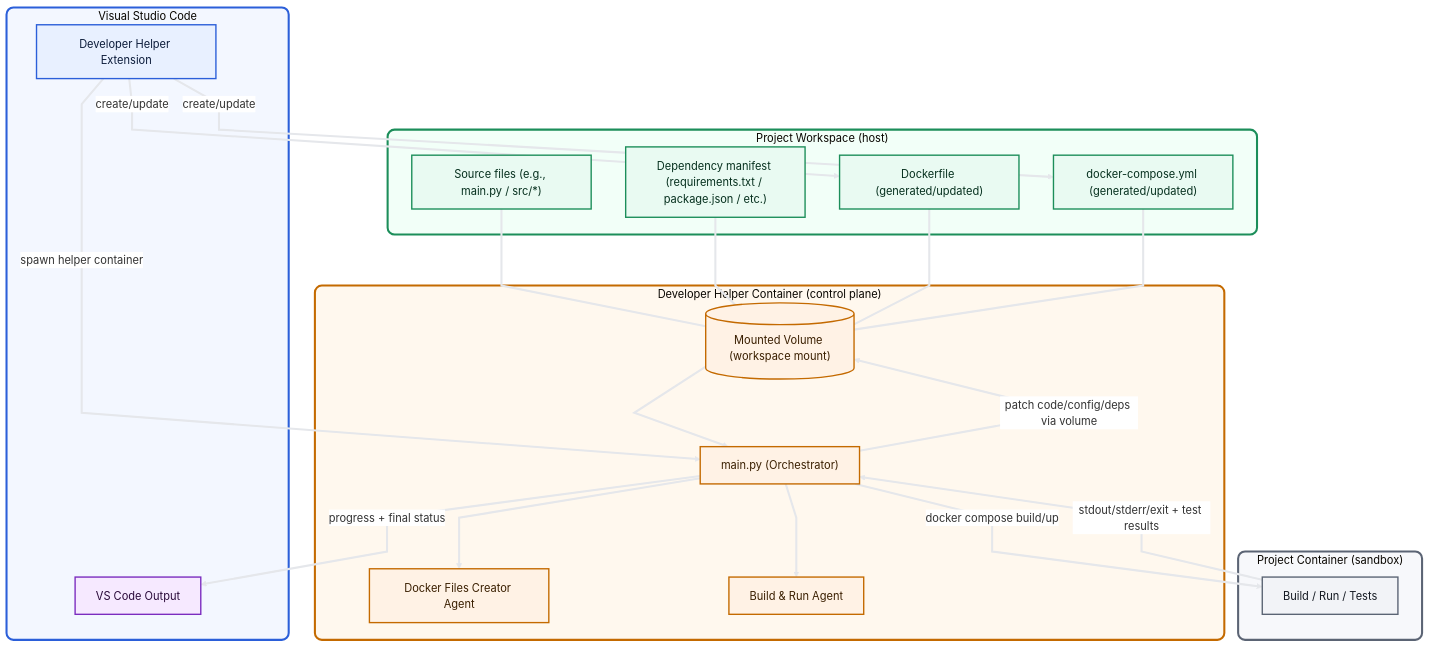
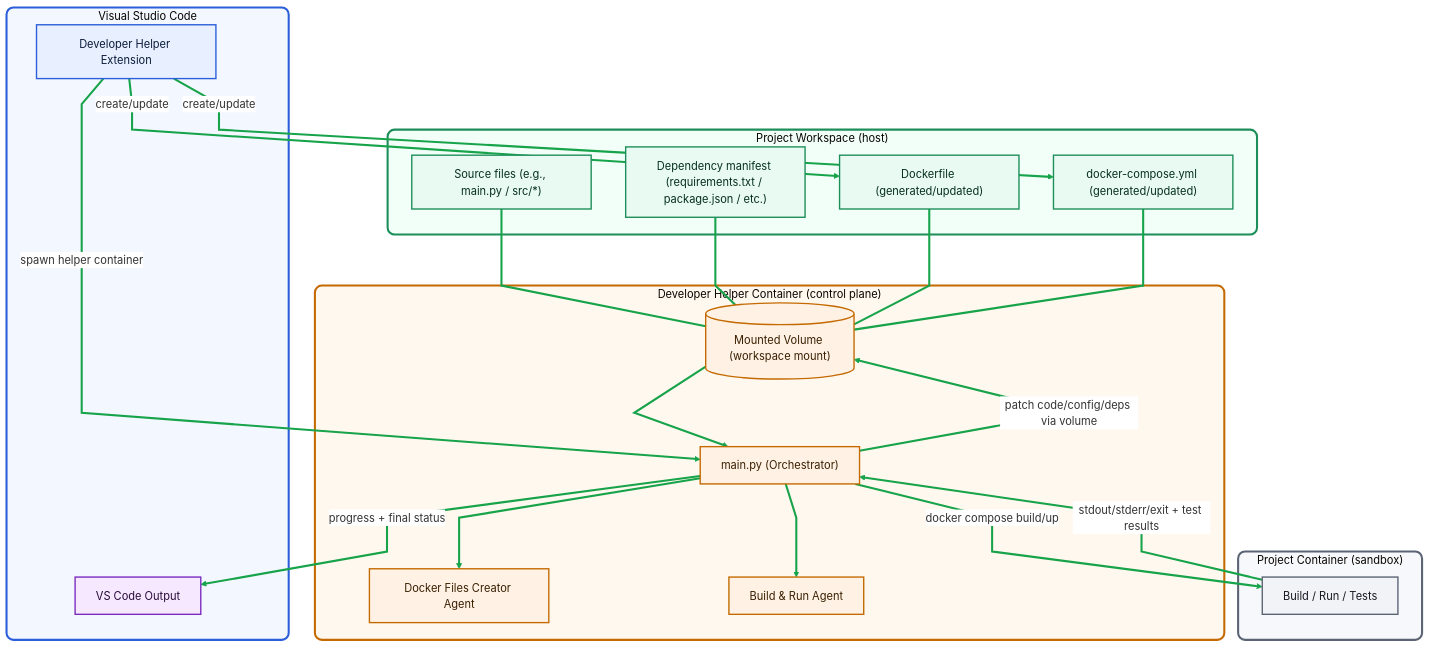
The first of 3 diagrams in README.md (taskma/agentdrydock-demo), drawn with Mermaid before and after one commit.

````diff
--- a/README.md
+++ b/README.md
@@ -140,86 +140,81 @@
 ```mermaid
 %%{init: {
   "theme":"base",
   "flowchart":{"curve":"linear"},
   "themeVariables":{
     "background":"#FFFFFF",
     "mainBkg":"#FFFFFF",
-    "lineColor":"#0F172A",
+    "lineColor":"#16A34A",
     "edgeLabelBackground":"#FFFFFF",
     "fontFamily":"ui-sans-serif, system-ui"
   }
 }}%%
 flowchart TB
-  %% --- VS Code side ---
   subgraph VS["Visual Studio Code"]
     EXT["Developer Helper Extension"]
     OUT["VS Code Output"]
   end
 
-  %% --- Project workspace ---
   subgraph PROJ["Project Workspace (host)"]
     SRC["Source files (e.g., main.py / src/*)"]
     REQ["Dependency manifest (requirements.txt / package.json / etc.)"]
     DF["Dockerfile (generated/updated)"]
     DC["docker-compose.yml (generated/updated)"]
   end
 
-  %% --- Helper control plane ---
   subgraph HELP["Developer Helper Container (control plane)"]
     ORCH["main.py (Orchestrator)"]
     AG_DOCKER["Docker Files Creator Agent"]
     AG_BUILD["Build & Run Agent"]
     VOL[("Mounted Volume (workspace mount)")]
   end
 
-  %% --- Execution sandbox ---
   subgraph RUN["Project Container (sandbox)"]
     RUNNER["Build / Run / Tests"]
   end
 
-  %% --- Flows ---
   EXT -->|"create/update"| DF
   EXT -->|"create/update"| DC
 
   SRC --- VOL
   REQ --- VOL
   DF --- VOL
   DC --- VOL
 
   EXT -->|"spawn helper container"| ORCH
   VOL --> ORCH
 
   ORCH --> AG_DOCKER
   ORCH --> AG_BUILD
 
   ORCH -->|"docker compose build/up"| RUNNER
   RUNNER -->|"stdout/stderr/exit + test results"| ORCH
 
   ORCH -->|"patch code/config/deps via volume"| VOL
   ORCH -->|"progress + final status"| OUT
 
-  %% Styling (boxes & areas)
   classDef vscode fill:#E8F0FF,stroke:#2B5FD9,stroke-width:2px,color:#0B1B3A;
   classDef workspace fill:#E9FAF2,stroke:#1C8E5A,stroke-width:2px,color:#06301E;
   classDef helper fill:#FFF2E5,stroke:#C46A00,stroke-width:2px,color:#3A1F00;
   classDef sandbox fill:#F2F3F7,stroke:#5B6474,stroke-width:2px,color:#141922;
   classDef output fill:#F6E9FF,stroke:#7B2CBF,stroke-width:2px,color:#2A0A3A;
 
   class EXT vscode;
   class OUT output;
   class SRC,REQ,DF,DC workspace;
   class ORCH,AG_DOCKER,AG_BUILD,VOL helper;
   class RUNNER sandbox;
 
   style VS fill:#F3F7FF,stroke:#2B5FD9,stroke-width:3px,rx:10,ry:10
   style PROJ fill:#F2FFF8,stroke:#1C8E5A,stroke-width:3px,rx:10,ry:10
   style HELP fill:#FFF8EE,stroke:#C46A00,stroke-width:3px,rx:10,ry:10
   style RUN fill:#F7F8FB,stroke:#5B6474,stroke-width:3px,rx:10,ry:10
 
-  %% Make ALL lines/arrowheads visible
-  linkStyle default stroke:#E5E7EB,stroke-width:3px,opacity:1;
+  %% All lines/arrowheads in green
+  linkStyle default stroke:#16A34A,stroke-width:3px,opacity:1;
+
 
 
 
 
 ```
````
